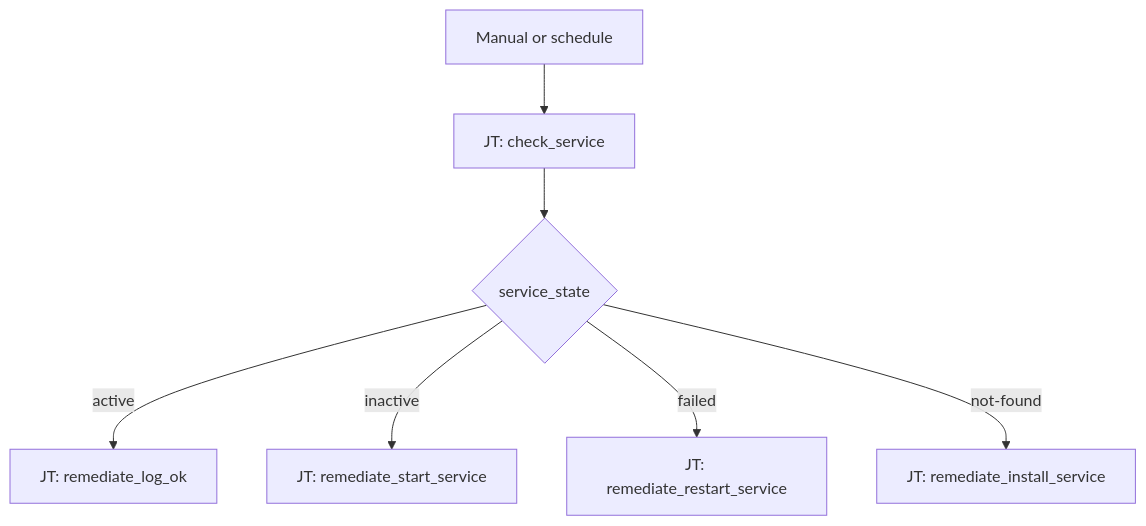
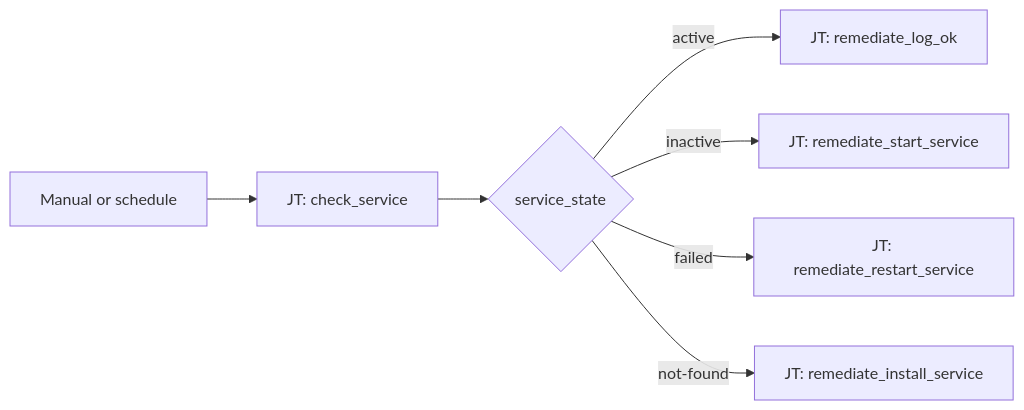
One commit to anshulbehl/aap-orchestrator-demos changed the diagram in service-health/101-service-state-routing/README.md. Above: the diagram before and after it, drawn with Mermaid. The commit also changed 22 other files, not shown here.

First line of the commit message:
Add interactive demo section, page polish, and LR README diagrams.

````diff
--- a/service-health/101-service-state-routing/README.md
+++ b/service-health/101-service-state-routing/README.md
@@ -18,9 +18,9 @@
 ```mermaid
-flowchart TB
+flowchart LR
   Trigger[Manual or schedule] --> CheckJT[JT: check_service]
   CheckJT --> Switch{service_state}
   Switch -->|active| Done[JT: remediate_log_ok]
   Switch -->|inactive| Start[JT: remediate_start_service]
   Switch -->|failed| Recover[JT: remediate_restart_service]
   Switch -->|not-found| Install[JT: remediate_install_service]
 ```
````
